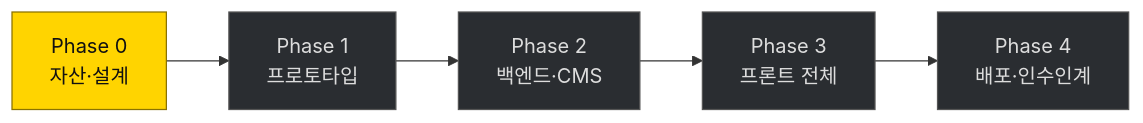
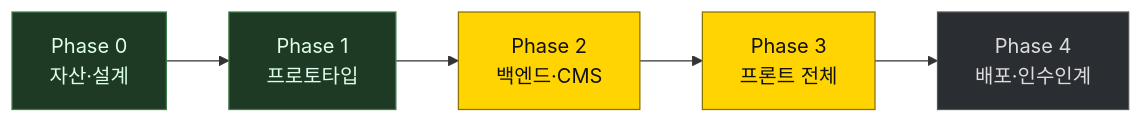
One commit to gymleco/.github changed the first of 2 diagrams in docs/01-project-plan.md. Above: the diagram before and after it, drawn with Mermaid. The commit also changed other lines of this file and 1 other file, not shown here.

````diff
--- a/docs/01-project-plan.md
+++ b/docs/01-project-plan.md
@@ -14,12 +16,13 @@
 ```mermaid
 flowchart LR
-    P0["Phase 0<br/>자산·설계"]:::doing
-    P1["Phase 1<br/>프로토타입"]:::todo
-    P2["Phase 2<br/>백엔드·CMS"]:::todo
-    P3["Phase 3<br/>프론트 전체"]:::todo
+    P0["Phase 0<br/>자산·설계"]:::done
+    P1["Phase 1<br/>프로토타입"]:::done
+    P2["Phase 2<br/>백엔드·CMS"]:::doing
+    P3["Phase 3<br/>프론트 전체"]:::doing
     P4["Phase 4<br/>배포·인수인계"]:::todo
     P0 --> P1 --> P2 --> P3 --> P4
 
+    classDef done  fill:#1f3a24,stroke:#3f7d4c,color:#dfe
     classDef doing fill:#ffd400,stroke:#8a7200,color:#111
-    classDef todo fill:#2a2d31,stroke:#555,color:#ddd
+    classDef todo  fill:#2a2d31,stroke:#555,color:#ddd
 ```
````
